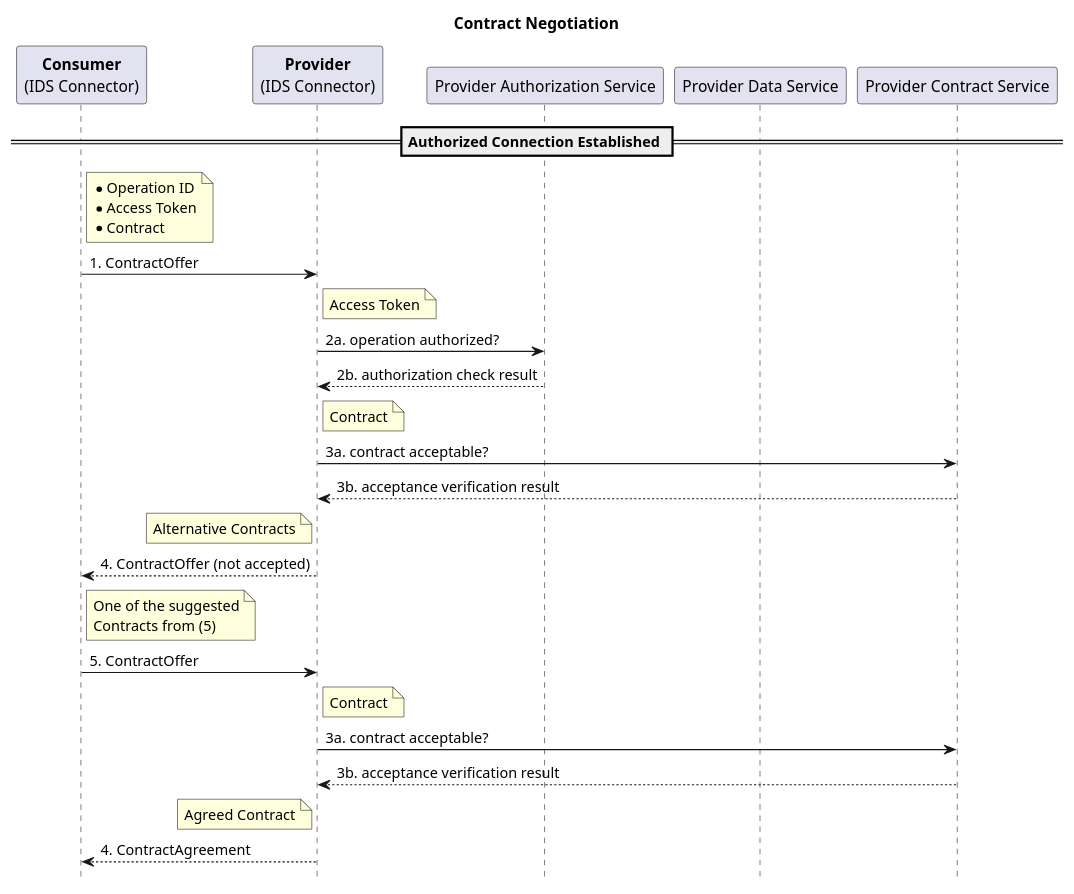
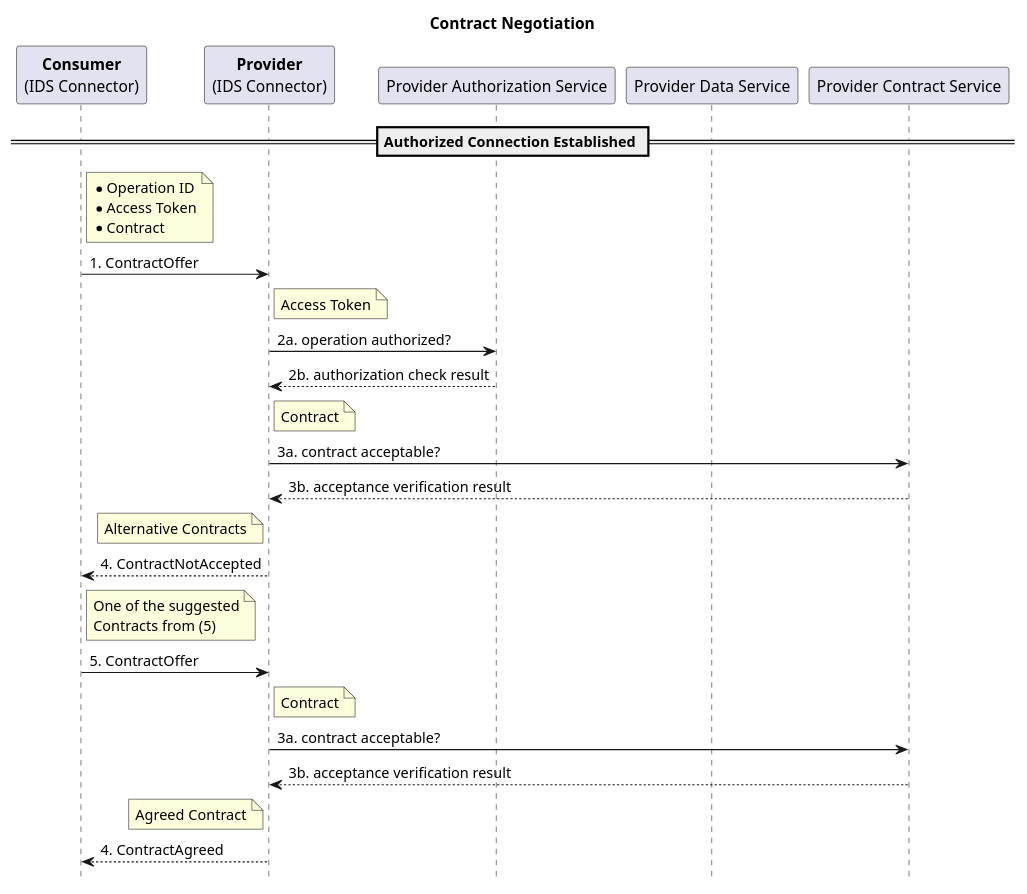
The diagram in contract_negotiation.plantuml (IndustrialDataSpace/Documentation), drawn with PlantUML before and after one commit.

Commit message:
minor change of wording

```diff
--- a/contract_negotiation.plantuml
+++ b/contract_negotiation.plantuml
@@ -1,39 +1,39 @@
 @startuml
 
 hide footbox
 
 title Contract Negotiation
 
 participant "**Consumer**\n(IDS Connector)" as C
 participant "**Provider**\n(IDS Connector)" as P
 participant "Provider Authorization Service" as PAS
 participant "Provider Data Service" as PDS
 participant "Provider Contract Service" as PCS
 
 == Authorized Connection Established ==
 
 note right of C: *Operation ID\n*Access Token\n*Contract
 C -> P: 1. ContractOffer
 
 note right of P: Access Token
 P -> PAS: 2a. operation authorized?
 P <-- PAS: 2b. authorization check result
 
 note right of P: Contract
 P -> PCS: 3a. contract acceptable?
 P <-- PCS: 3b. acceptance verification result
 
 note left of P: Alternative Contracts
-P --> C: 4. ContractOffer (not accepted)
+P --> C: 4. ContractNotAccepted
 
 note right of C: One of the suggested\nContracts from (5)
 C -> P: 5. ContractOffer
 
 note right of P: Contract
 P -> PCS: 3a. contract acceptable?
 P <-- PCS: 3b. acceptance verification result
 
 note left of P: Agreed Contract
-P --> C: 4. ContractAgreement
+P --> C: 4. ContractAgreed
 
 @enduml
```
